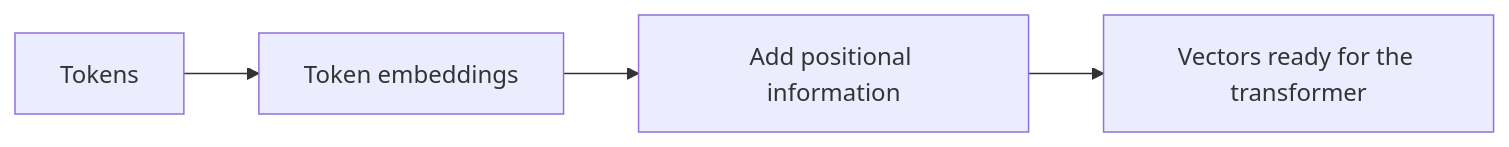
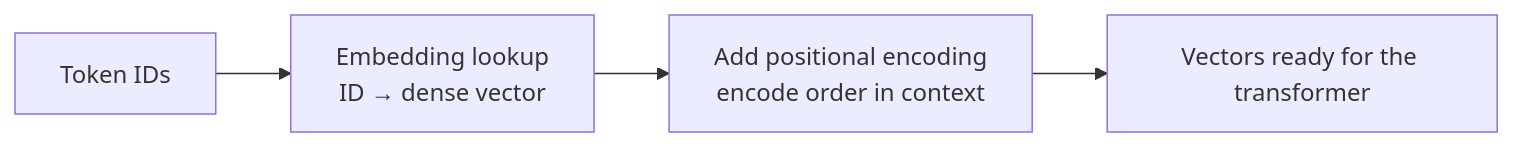
The third of 13 diagrams in _posts/2026-04-11-How-LLMs-Work-Step-by-Step.md (sjoerdteunisse/sjoerdteunisse.github.io), drawn with Mermaid before and after one commit. The commit also changed other lines of this file, not shown here.

First line of the commit message:
Improve LLM article clarity on tokens, subword splitting, embeddings, and layer functions

````diff
--- a/_posts/2026-04-11-How-LLMs-Work-Step-by-Step.md
+++ b/_posts/2026-04-11-How-LLMs-Work-Step-by-Step.md
@@ -81,6 +118,6 @@
 ```mermaid
 flowchart LR
-    A[Tokens] --> B[Token embeddings]
-    B --> C[Add positional information]
+    A[Token IDs] --> B[Embedding lookup<br/>ID → dense vector]
+    B --> C[Add positional encoding<br/>encode order in context]
     C --> D[Vectors ready for the transformer]
 ```
````
